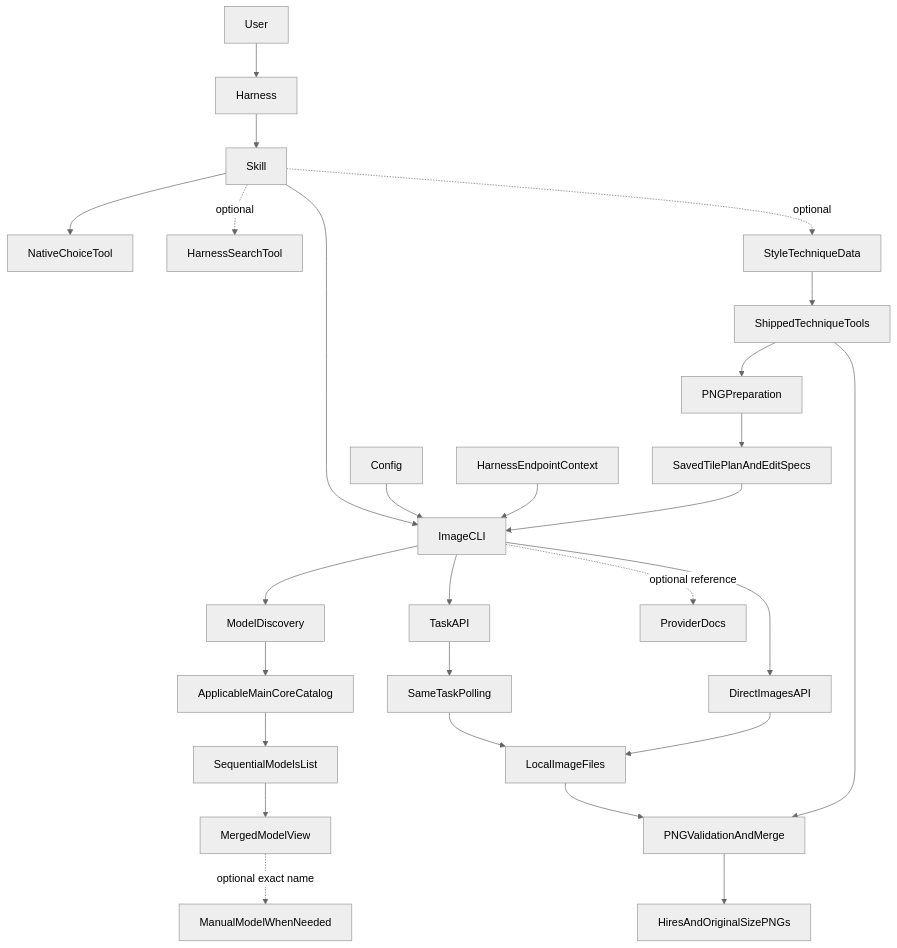
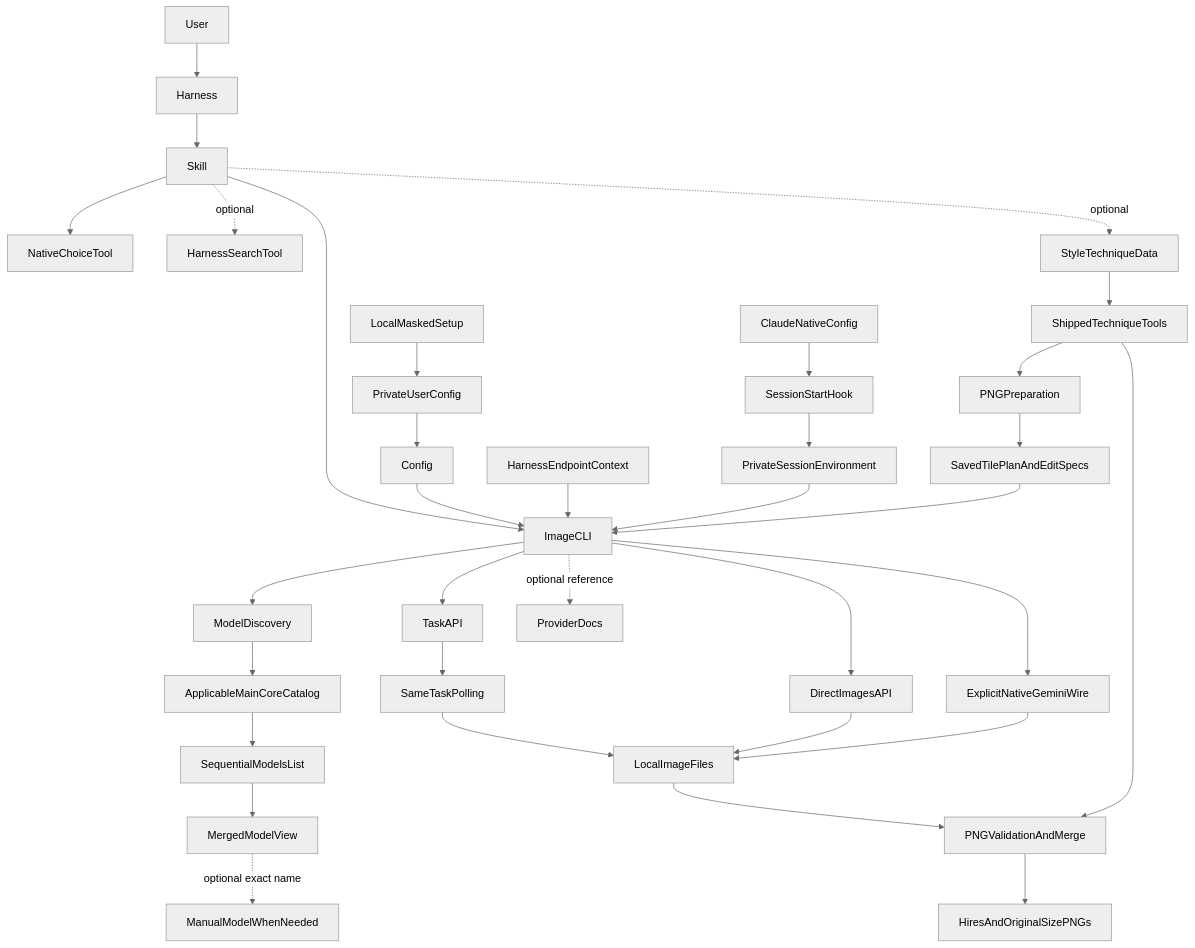
Before and after one commit to DarKWinGTM/Nodeclaw-Image-Gen: the first of 2 diagrams in diagram/STRUCTURE.md, drawn with Mermaid (neutral theme). The commit also changed other lines of this file and 80 other files, not shown here.

````diff
--- a/diagram/STRUCTURE.md
+++ b/diagram/STRUCTURE.md
@@ -13,29 +13,36 @@
 ```mermaid
 flowchart TD
     User --> Harness
     Harness --> Skill
     Skill --> NativeChoiceTool
     Skill --> ImageCLI
     Config --> ImageCLI
     HarnessEndpointContext --> ImageCLI
     ImageCLI --> ModelDiscovery
     ModelDiscovery --> ApplicableMainCoreCatalog
     ApplicableMainCoreCatalog --> SequentialModelsList
     SequentialModelsList --> MergedModelView
     MergedModelView -. optional exact name .-> ManualModelWhenNeeded
     ImageCLI --> TaskAPI
     TaskAPI --> SameTaskPolling
     SameTaskPolling --> LocalImageFiles
     ImageCLI --> DirectImagesAPI
     DirectImagesAPI --> LocalImageFiles
+    ImageCLI --> ExplicitNativeGeminiWire
+    ExplicitNativeGeminiWire --> LocalImageFiles
+    LocalMaskedSetup --> PrivateUserConfig
+    PrivateUserConfig --> Config
+    ClaudeNativeConfig --> SessionStartHook
+    SessionStartHook --> PrivateSessionEnvironment
+    PrivateSessionEnvironment --> ImageCLI
     Skill -. optional .-> HarnessSearchTool
     Skill -. optional .-> StyleTechniqueData
     StyleTechniqueData --> ShippedTechniqueTools
     ShippedTechniqueTools --> PNGPreparation
     PNGPreparation --> SavedTilePlanAndEditSpecs
     SavedTilePlanAndEditSpecs --> ImageCLI
     LocalImageFiles --> PNGValidationAndMerge
     ShippedTechniqueTools --> PNGValidationAndMerge
     PNGValidationAndMerge --> HiresAndOriginalSizePNGs
     ImageCLI -. optional reference .-> ProviderDocs
 ```
````
